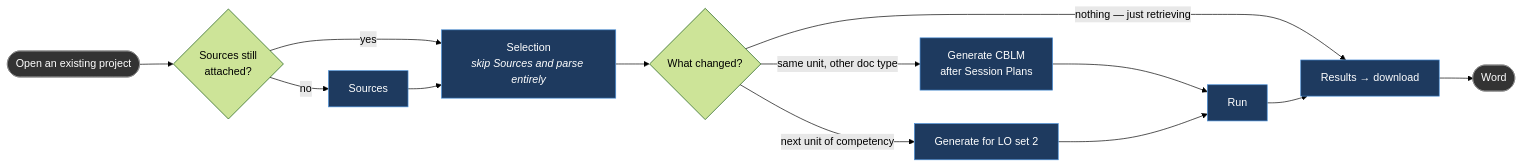
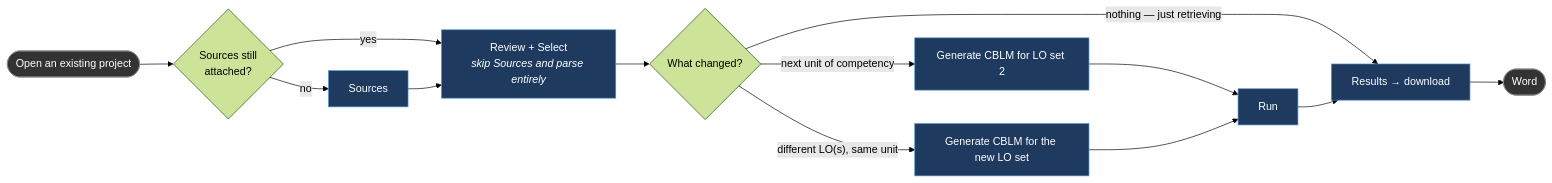
The fourth of 4 diagrams in docs/specs/USER_FLOWS.md (shuakyle21/tesda-cbc-agent), drawn with Mermaid (forest theme) before and after one commit. The commit also changed other lines of this file and 5 other files, not shown here.

````diff
--- a/docs/specs/USER_FLOWS.md
+++ b/docs/specs/USER_FLOWS.md
@@ -167,19 +170,19 @@
 ```mermaid
 flowchart LR
     OPEN([Open an existing project]) --> HAS{"Sources still<br/>attached?"}
-    HAS -->|yes| CFG["Selection<br/><i>skip Sources and parse entirely</i>"]
+    HAS -->|yes| CFG["Review + Select<br/><i>skip Sources and parse entirely</i>"]
     HAS -->|no| SRC["Sources"] --> CFG
     CFG --> PICK{"What changed?"}
-    PICK -->|"same unit, other doc type"| G1["Generate CBLM<br/>after Session Plans"]
-    PICK -->|"next unit of competency"| G2["Generate for LO set 2"]
+    PICK -->|"next unit of competency"| G1["Generate CBLM for LO set 2"]
+    PICK -->|"different LO(s), same unit"| G2["Generate CBLM for the new LO set"]
     PICK -->|"nothing — just retrieving"| DOCS["Results → download"]
     G1 --> RUN["Run"]
     G2 --> RUN
     RUN --> DOCS
     DOCS --> WORD([Word])
 
     classDef step fill:#1e3a5f,stroke:#4a90d9,color:#fff
     classDef term fill:#333,stroke:#888,color:#fff
     class CFG,SRC,RUN,G1,G2,DOCS step
     class OPEN,WORD term
 ```
````
